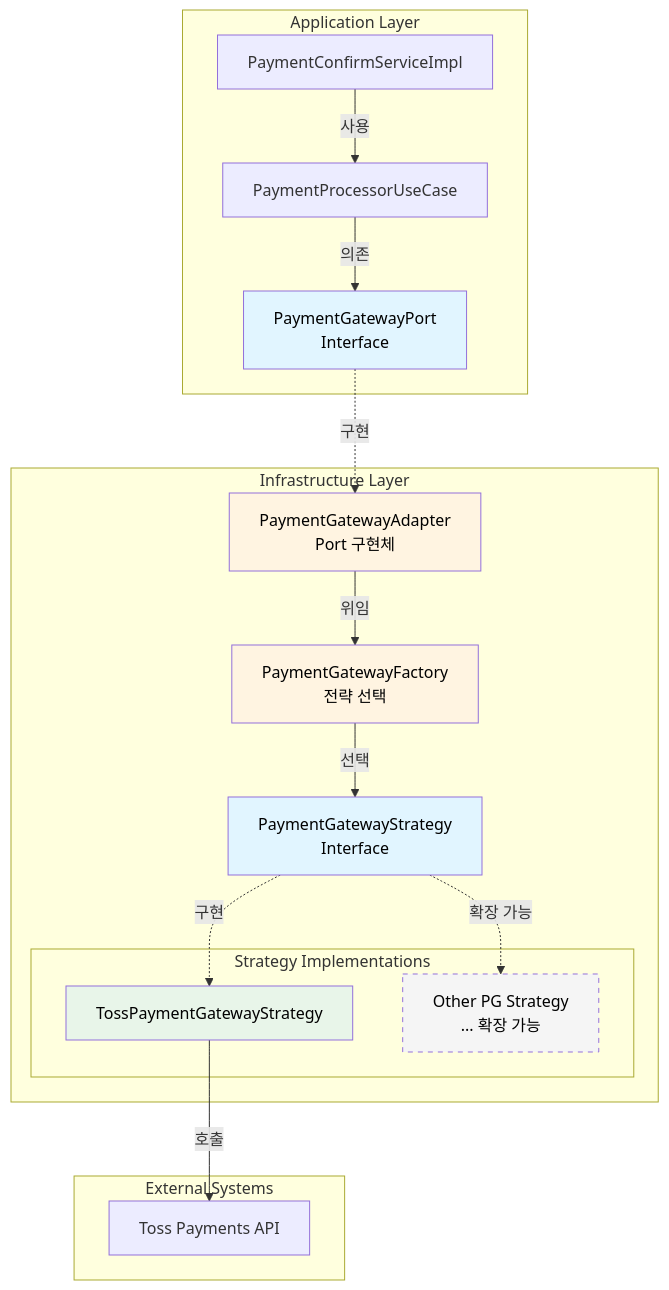
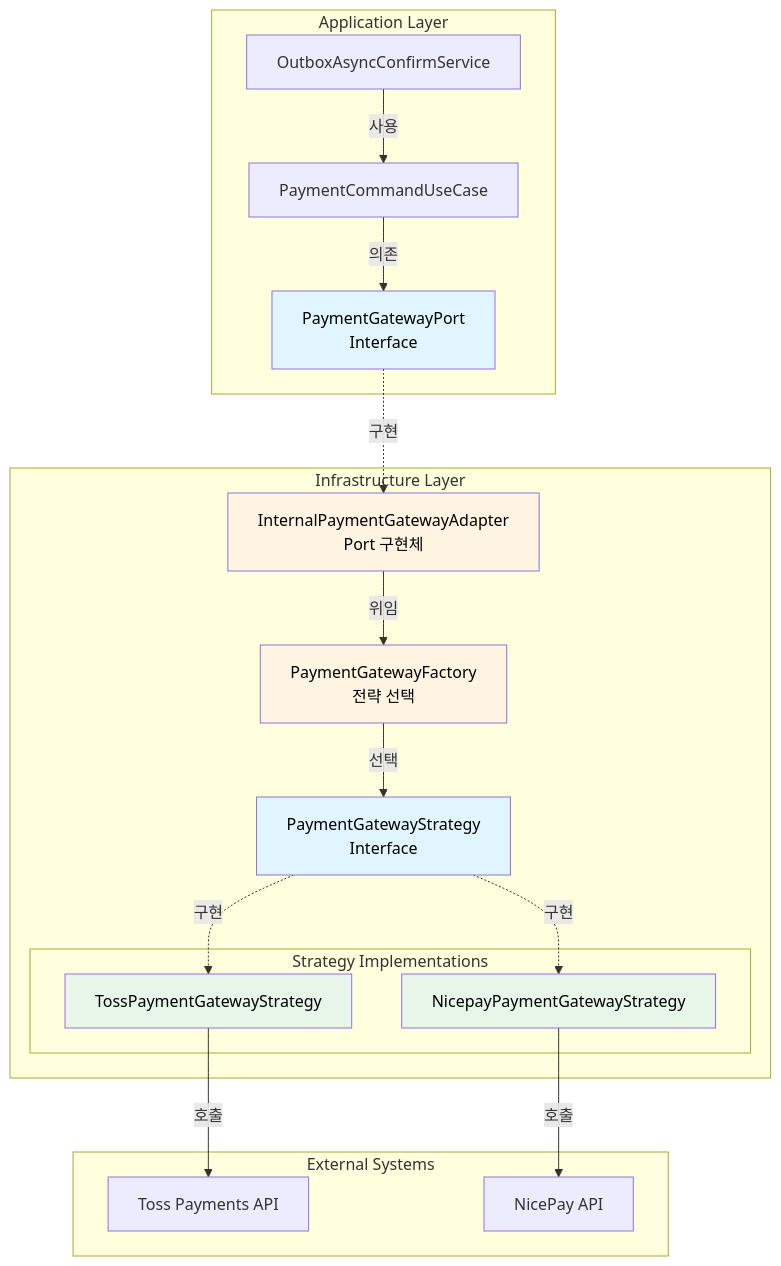
One commit to hyoguoo/hyoguoo.github.io changed the first of 2 diagrams in src/content/docs/blog/payment-gateway-strategy-pattern.md. Above: the diagram before and after it, drawn with Mermaid. The commit also changed other lines of this file, not shown here.

Commit message:
add: 전략 패턴 구현체 추가 케이스 내용 작성

````diff
--- a/src/content/docs/blog/payment-gateway-strategy-pattern.md
+++ b/src/content/docs/blog/payment-gateway-strategy-pattern.md
@@ -36,38 +40,40 @@
 ```mermaid
 graph TB
     subgraph "Application Layer"
-        Service[PaymentConfirmServiceImpl]
-        UseCase[PaymentProcessorUseCase]
+        Service[OutboxAsyncConfirmService]
+        UseCase[PaymentCommandUseCase]
         Port[PaymentGatewayPort<br/>Interface]
     end
 
     subgraph "Infrastructure Layer"
-        Adapter[PaymentGatewayAdapter<br/>Port 구현체]
+        Adapter[InternalPaymentGatewayAdapter<br/>Port 구현체]
         Factory[PaymentGatewayFactory<br/>전략 선택]
         Strategy[PaymentGatewayStrategy<br/>Interface]
 
         subgraph "Strategy Implementations"
             Toss[TossPaymentGatewayStrategy]
-            Future[Other PG Strategy<br/>... 확장 가능]
+            Nicepay[NicepayPaymentGatewayStrategy]
         end
     end
 
     subgraph "External Systems"
         TossAPI[Toss Payments API]
+        NicepayAPI[NicePay API]
     end
 
     Service -->|사용| UseCase
     UseCase -->|의존| Port
     Port -.->|구현| Adapter
     Adapter -->|위임| Factory
     Factory -->|선택| Strategy
     Strategy -.->|구현| Toss
-    Strategy -.->|확장 가능| Future
+    Strategy -.->|구현| Nicepay
     Toss -->|호출| TossAPI
+    Nicepay -->|호출| NicepayAPI
     style Port fill: #e1f5ff, color: #000
     style Strategy fill: #e1f5ff, color: #000
     style Adapter fill: #fff4e1, color: #000
     style Factory fill: #fff4e1, color: #000
     style Toss fill: #e8f5e9, color: #000
-    style Future fill: #f5f5f5, stroke-dasharray: 5 5, color: #000
+    style Nicepay fill: #e8f5e9, color: #000
 ```
````
